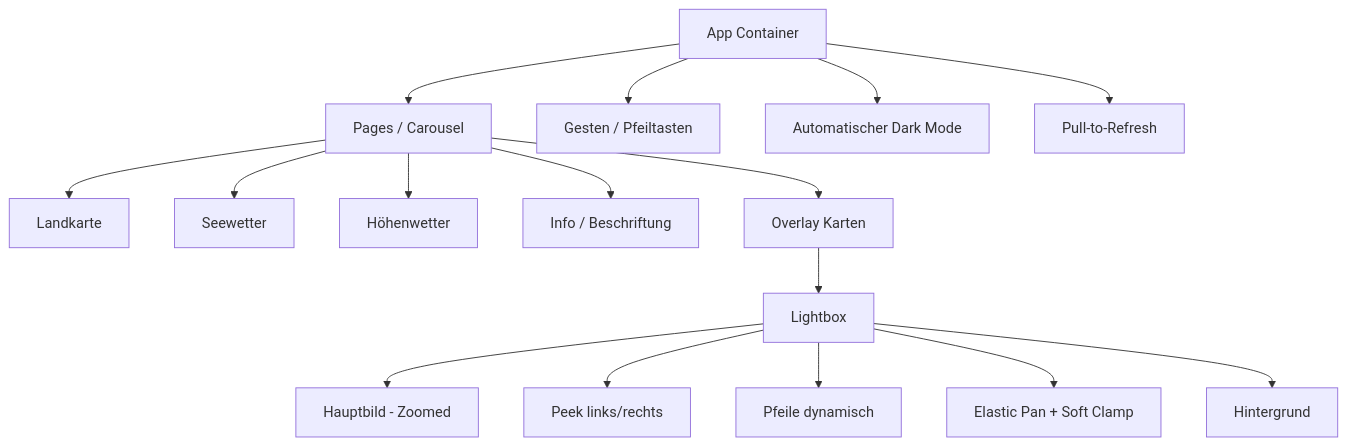
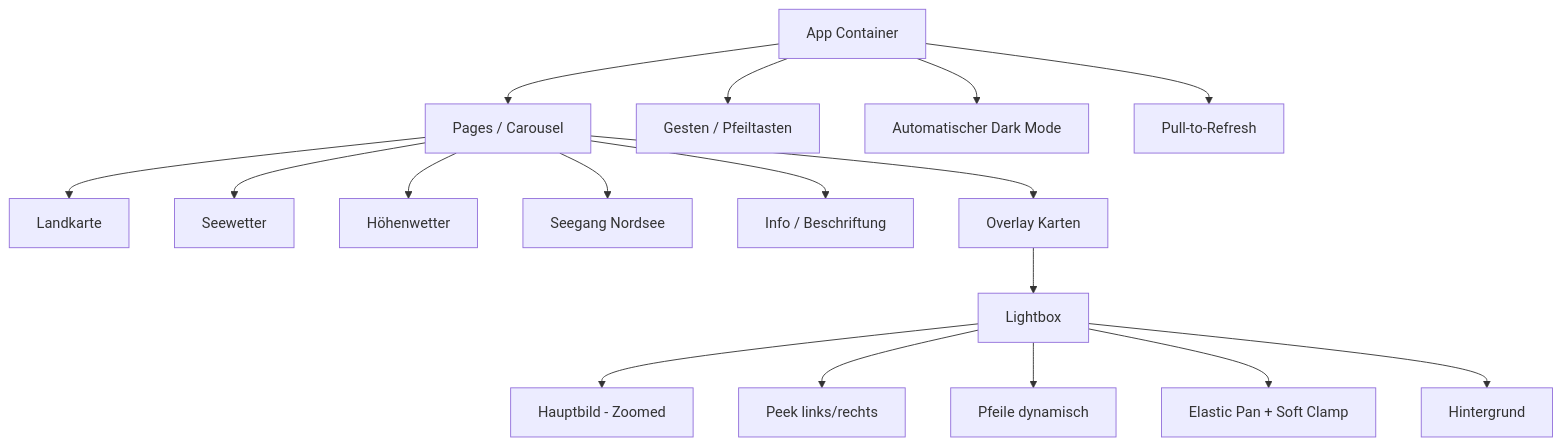
Before and after one commit to w465jt7pm9-cpu/dwd-dashboard: the diagram in docs/UI-Struktur.md, drawn with Mermaid. The commit also changed other lines of this file and 5 other files, not shown here.

````diff
--- a/docs/UI-Struktur.md
+++ b/docs/UI-Struktur.md
@@ -7,18 +8,19 @@
 ```mermaid
 flowchart TD
   App[App Container] --> Pages[Pages / Carousel]
   Pages --> Land[Landkarte]
   Pages --> See[Seewetter]
   Pages --> Hoehenwetter[Höhenwetter]
+  Pages --> Nordsee[Seegang Nordsee]
   Pages --> Texte[Info / Beschriftung]
   Pages --> Cards[Overlay Karten]
   Cards --> Lightbox[Lightbox]
   Lightbox --> Image[Hauptbild - Zoomed]
   Lightbox --> Peek[Peek links/rechts]
   Lightbox --> Arrows[Pfeile dynamisch]
   Lightbox --> Elastic[Elastic Pan + Soft Clamp]
   Lightbox --> Overlay[Hintergrund]
   App --> Gestures[Gesten / Pfeiltasten]
   App --> Theme[Automatischer Dark Mode]
   App --> Refresh[Pull-to-Refresh]
 ```
````
